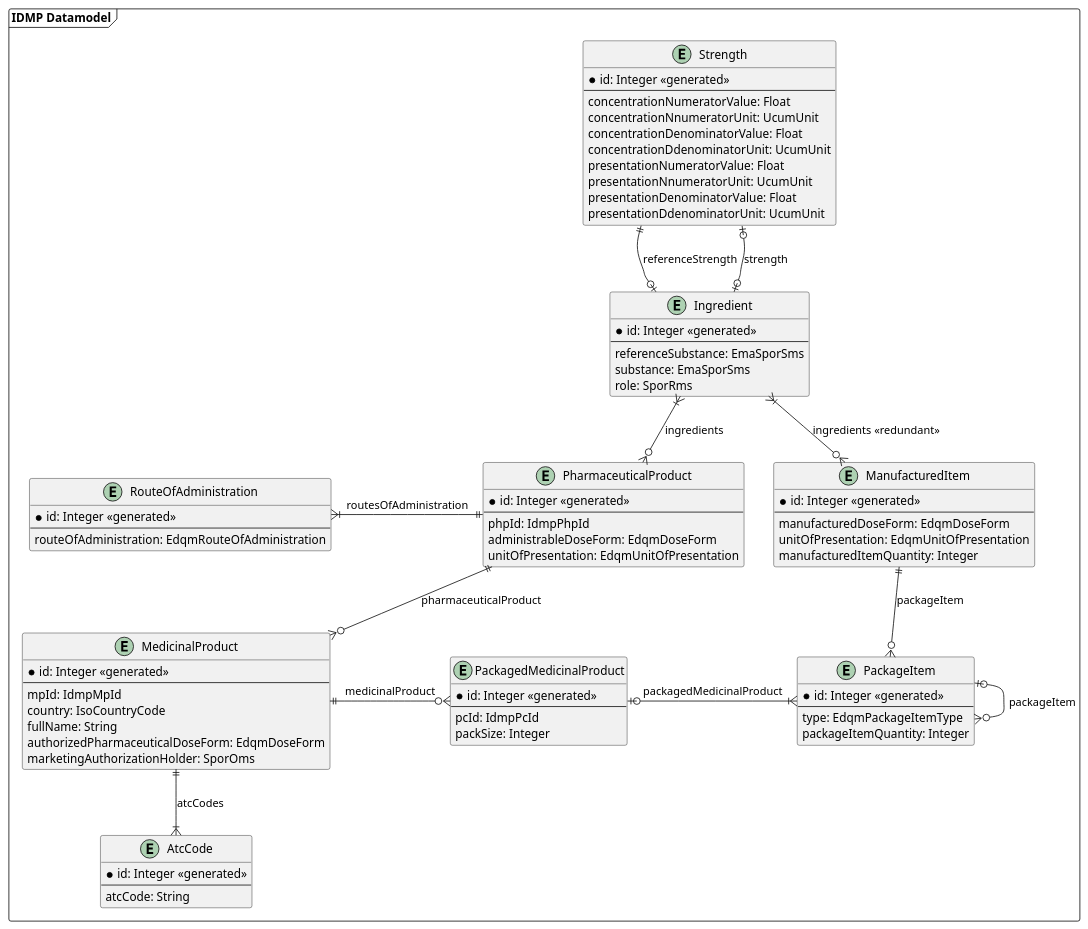
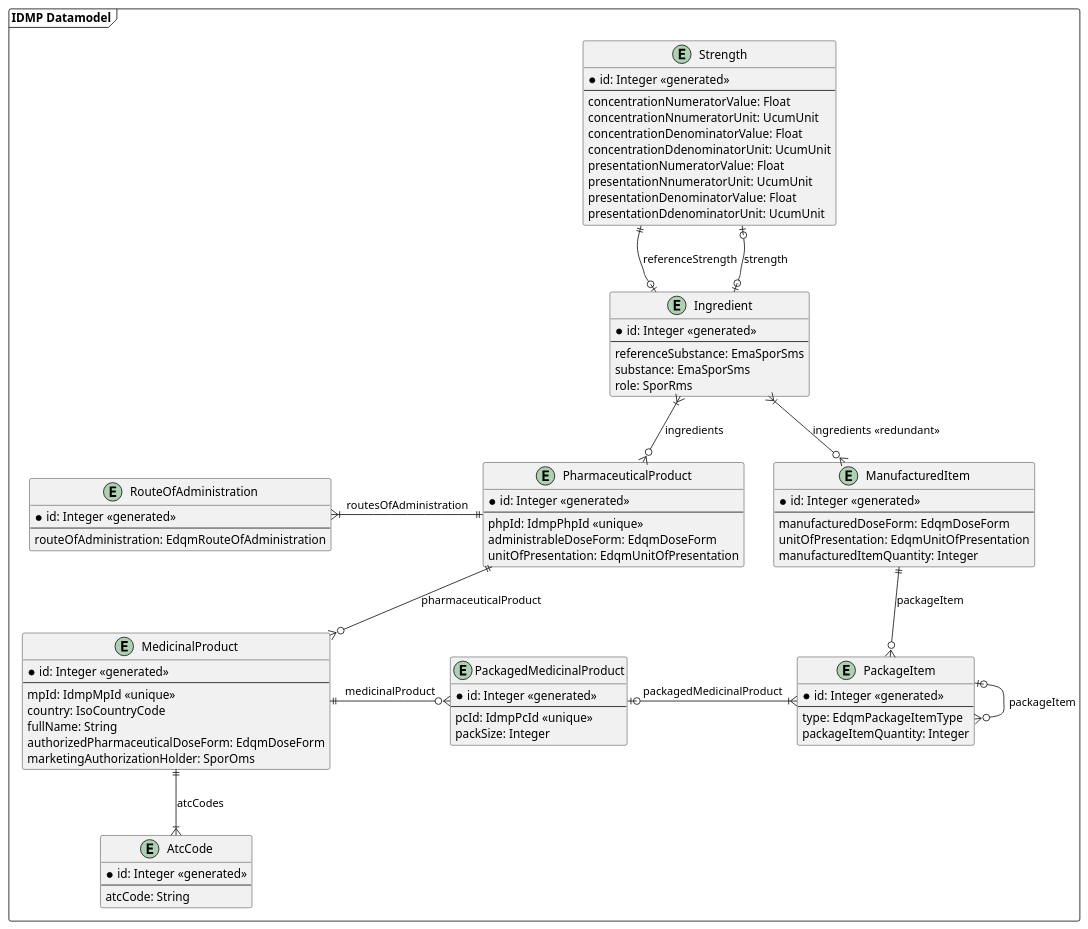
Before and after one commit to unicom-project-eu/wp6-db-api: the diagram in uml/class/datamodelRedesigned.puml, drawn with PlantUML.

Commit message:
Added unique stereotypes

```diff
--- a/uml/class/datamodelRedesigned.puml
+++ b/uml/class/datamodelRedesigned.puml
@@ -1,96 +1,96 @@
 @startuml
 'https://plantuml.com/class-diagram
 
 package "IDMP Datamodel" as idmpDatamodel <<frame>> {
     entity Strength {
         * id: Integer <<generated>>
         --
         concentrationNumeratorValue: Float
         concentrationNnumeratorUnit: UcumUnit
         concentrationDenominatorValue: Float
         concentrationDdenominatorUnit: UcumUnit
         presentationNumeratorValue: Float
         presentationNnumeratorUnit: UcumUnit
         presentationDenominatorValue: Float
         presentationDdenominatorUnit: UcumUnit
     }
 
     entity Ingredient {
         * id: Integer <<generated>>
         --
         referenceSubstance: EmaSporSms
         substance: EmaSporSms
         role: SporRms
     }
 
     together {
         entity RouteOfAdministration {
             * id: Integer <<generated>>
             --
             routeOfAdministration: EdqmRouteOfAdministration
         }
 
         entity PharmaceuticalProduct {
             * id: Integer <<generated>>
             --
-            phpId: IdmpPhpId
+            phpId: IdmpPhpId <<unique>>
             administrableDoseForm: EdqmDoseForm
             unitOfPresentation: EdqmUnitOfPresentation
         }
     }
 
     entity MedicinalProduct {
         * id: Integer <<generated>>
         --
-        mpId: IdmpMpId
+        mpId: IdmpMpId <<unique>>
         country: IsoCountryCode
         fullName: String
         authorizedPharmaceuticalDoseForm: EdqmDoseForm
         marketingAuthorizationHolder: SporOms
     }
 
     entity AtcCode {
         * id: Integer <<generated>>
         --
         atcCode: String
     }
 
     entity PackagedMedicinalProduct {
         * id: Integer <<generated>>
         --
-        pcId: IdmpPcId
+        pcId: IdmpPcId <<unique>>
         packSize: Integer
     }
 
     entity PackageItem {
         * id: Integer <<generated>>
         --
         type: EdqmPackageItemType
         packageItemQuantity: Integer
     }
 
     entity ManufacturedItem {
         * id: Integer <<generated>>
         --
         manufacturedDoseForm: EdqmDoseForm
         unitOfPresentation: EdqmUnitOfPresentation
         manufacturedItemQuantity: Integer
     }
 
     MedicinalProduct ||--|{ AtcCode : "atcCodes"
 
     Strength ||--o| Ingredient : "referenceStrength"
     Strength |o--o| Ingredient : "strength"
 
     Ingredient }|-o{ ManufacturedItem : "ingredients <<redundant>>"
     Ingredient }|--o{ PharmaceuticalProduct : "ingredients"
 
     RouteOfAdministration }|-r-|| PharmaceuticalProduct : "routesOfAdministration"
     PharmaceuticalProduct ||--o{ MedicinalProduct : "pharmaceuticalProduct"
     MedicinalProduct ||-o{ PackagedMedicinalProduct : "medicinalProduct"
     PackagedMedicinalProduct |o-|{ PackageItem : "packagedMedicinalProduct"
     PackageItem |o-o{ PackageItem : "packageItem"
     ManufacturedItem ||--o{ PackageItem : "packageItem"
 }
 
 @enduml
```
